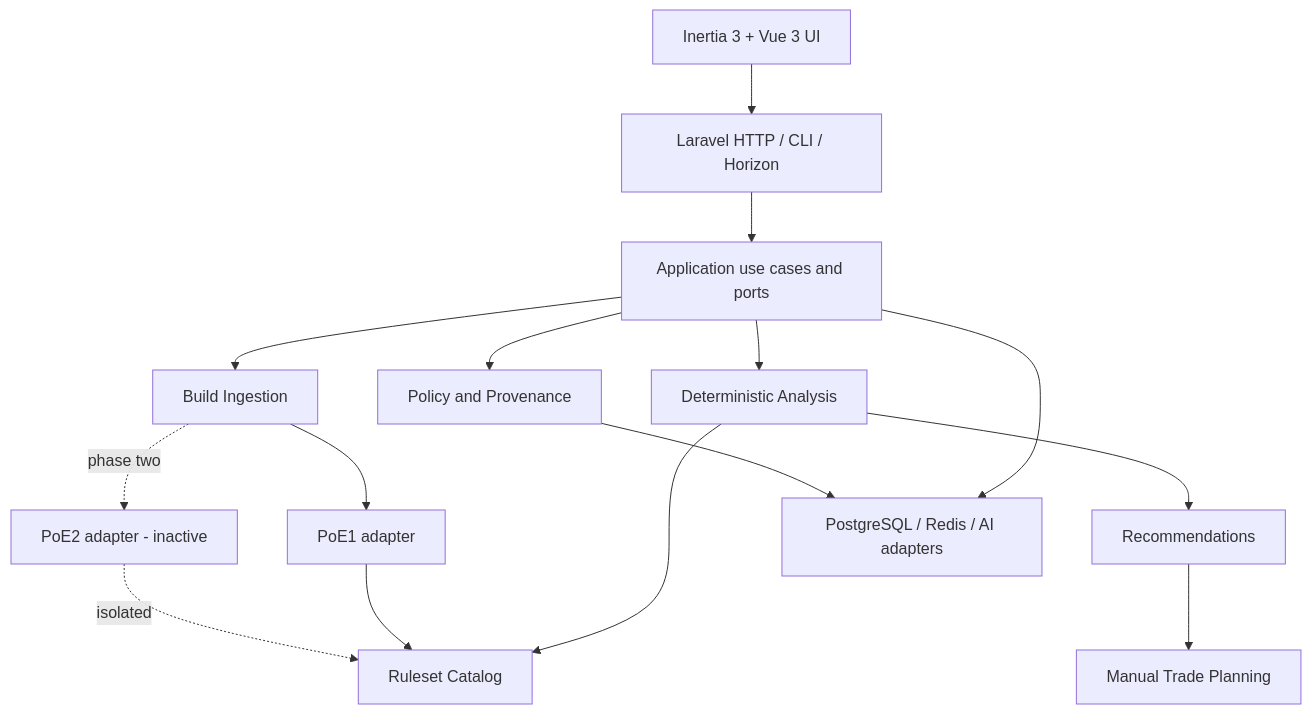
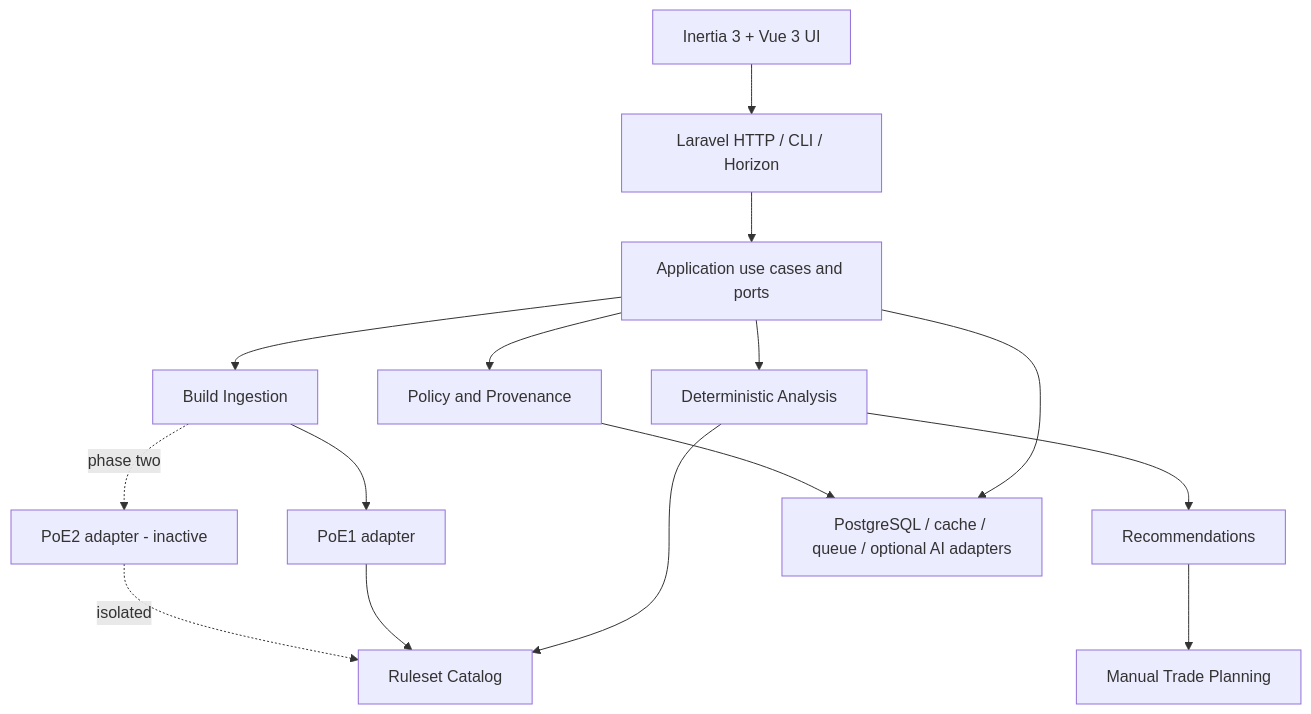
Before and after one commit to cryptopust/lootwright: the diagram in docs/architecture/module-map.md, drawn with Mermaid. The commit also changed other lines of this file and 30 other files, not shown here.

````diff
--- a/docs/architecture/module-map.md
+++ b/docs/architecture/module-map.md
@@ -5,27 +5,27 @@
 ```mermaid
 flowchart TB
     UI[Inertia 3 + Vue 3 UI]
     HTTP[Laravel HTTP / CLI / Horizon]
     APP[Application use cases and ports]
     GATE[Policy and Provenance]
     INGEST[Build Ingestion]
     ANALYSIS[Deterministic Analysis]
     RECO[Recommendations]
     TRADE[Manual Trade Planning]
     RULES[Ruleset Catalog]
     P1[PoE1 adapter]
     P2[PoE2 adapter - inactive]
-    INFRA[PostgreSQL / Redis / AI adapters]
+    INFRA[PostgreSQL / cache / queue / optional AI adapters]
 
     UI --> HTTP --> APP
     APP --> GATE
     APP --> INGEST
     APP --> ANALYSIS --> RECO --> TRADE
     INGEST --> P1
     INGEST -. phase two .-> P2
     ANALYSIS --> RULES
     P1 --> RULES
     P2 -. isolated .-> RULES
     APP --> INFRA
     GATE --> INFRA
 ```
````
